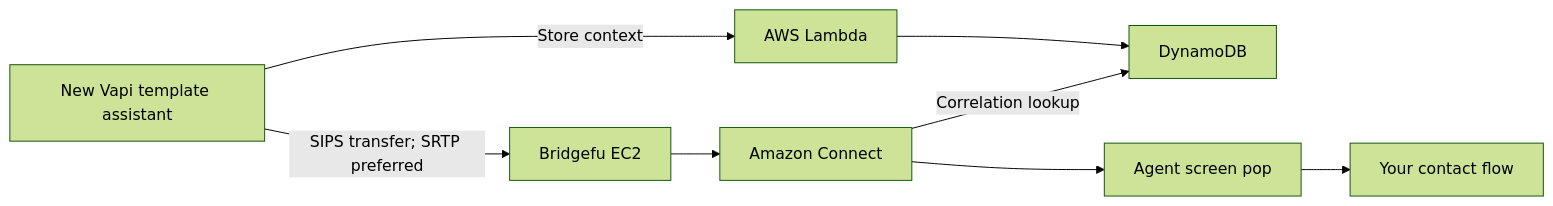
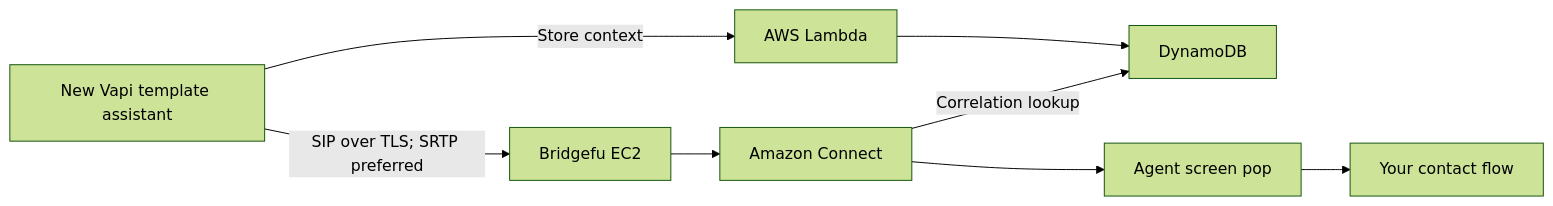
Before and after one commit to eisenzopf/bridgefu-vapi-awsconnect: the diagram in README.md, drawn with Mermaid (forest theme). The commit also changed other lines of this file and 79 other files, not shown here.

````diff
--- a/README.md
+++ b/README.md
@@ -7,10 +7,10 @@
 ```mermaid
 flowchart LR
     V["New Vapi template assistant"] -->|"Store context"| L["AWS Lambda"]
     L --> D["DynamoDB"]
-    V -->|"SIPS transfer; SRTP preferred"| B["Bridgefu EC2"]
+    V -->|"SIP over TLS; SRTP preferred"| B["Bridgefu EC2"]
     B --> C["Amazon Connect"]
     C -->|"Correlation lookup"| D
     C --> A["Agent screen pop"]
     A --> F["Your contact flow"]
 ```
````
